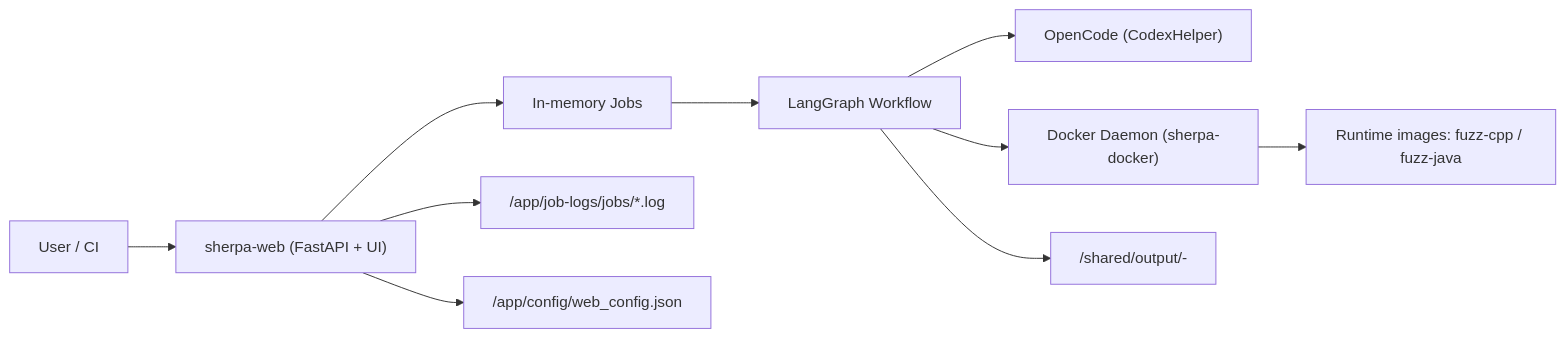
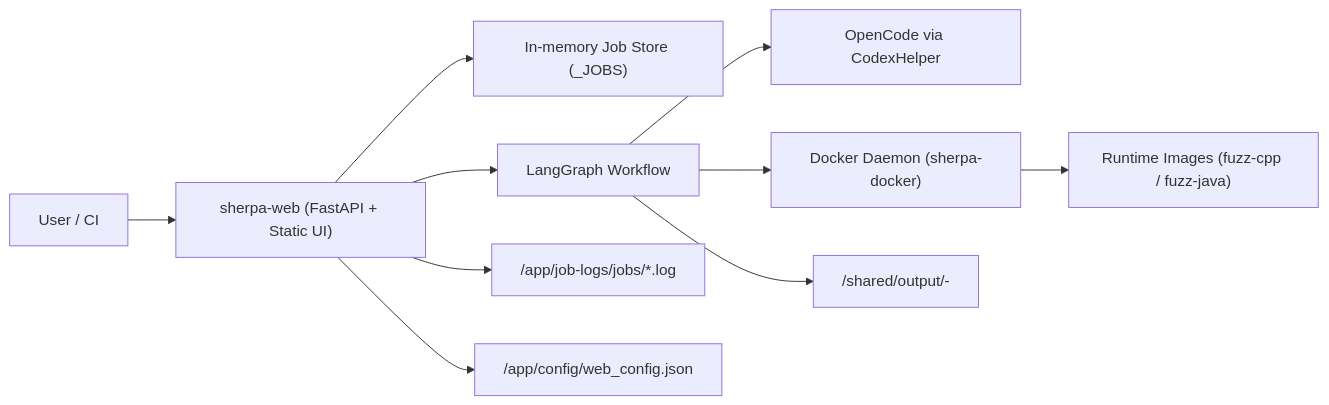
Before and after one commit to ZUENS2020/Sherpa: the first of 10 diagrams in README.md, drawn with Mermaid. The commit also changed other lines of this file and 1 other file, not shown here.

````diff
--- a/README.md
+++ b/README.md
@@ -24,12 +28,12 @@
 ```mermaid
 flowchart LR
-  U["User / CI"] --> Web["sherpa-web (FastAPI + UI)"]
-  Web --> Jobs["In-memory Jobs"]
-  Jobs --> WF["LangGraph Workflow"]
-  WF --> OC["OpenCode (CodexHelper)"]
-  WF --> D["Docker Daemon (sherpa-docker)"]
-  D --> RT["Runtime images: fuzz-cpp / fuzz-java"]
+  U["User / CI"] --> WEB["sherpa-web (FastAPI + Static UI)"]
+  WEB --> JOB["In-memory Job Store (_JOBS)"]
+  WEB --> WF["LangGraph Workflow"]
+  WF --> OC["OpenCode via CodexHelper"]
+  WF --> DIND["Docker Daemon (sherpa-docker)"]
+  DIND --> IMG["Runtime Images (fuzz-cpp / fuzz-java)"]
   WF --> OUT["/shared/output/<repo>-<id>"]
-  Web --> LOG["/app/job-logs/jobs/*.log"]
-  Web --> CFG["/app/config/web_config.json"]
+  WEB --> LOG["/app/job-logs/jobs/*.log"]
+  WEB --> CFG["/app/config/web_config.json"]
 ```
````
